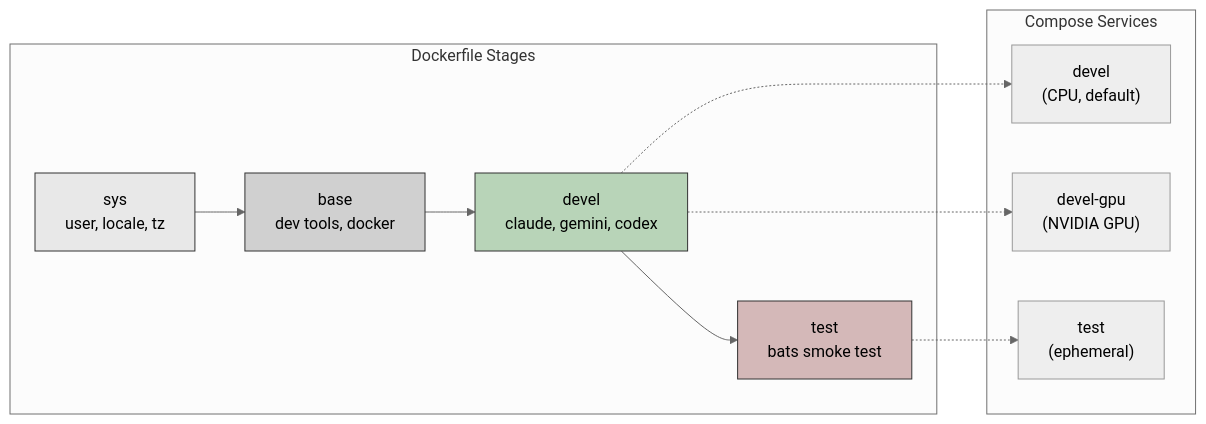
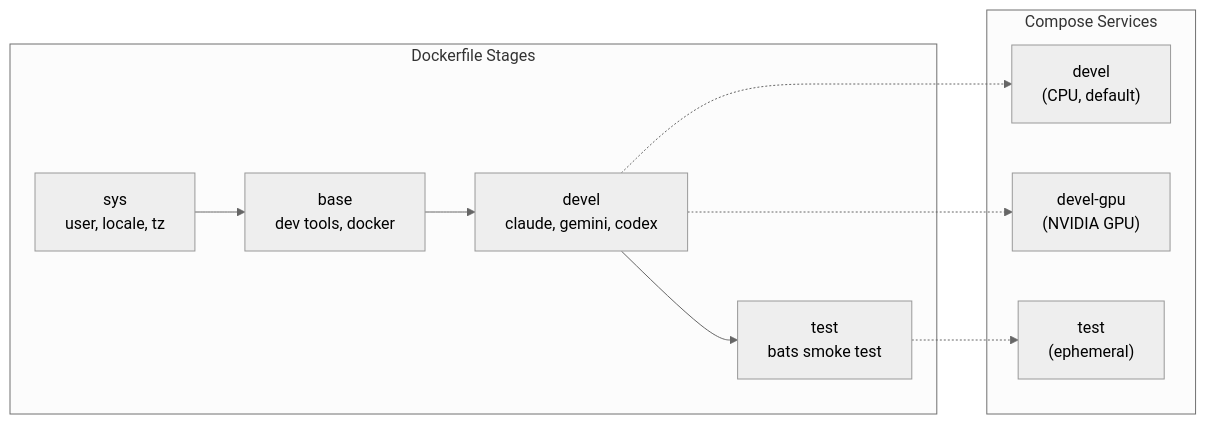
The second of 3 diagrams in README.md (ycpss91255-docker/ai_agent), drawn with Mermaid (neutral theme) before and after one commit. The commit also changed other lines of this file and 3 other files, not shown here.

Commit message:
docs: remove mermaid background colors from architecture diagrams

````diff
--- a/README.md
+++ b/README.md
@@ -77,26 +73,22 @@
 ```mermaid
 graph LR
     subgraph "Dockerfile Stages"
         sys["sys<br/>user, locale, tz"]
         base["base<br/>dev tools, docker"]
         devel["devel<br/>claude, gemini, codex"]
         test["test<br/>bats smoke test"]
     end
 
     sys --> base --> devel --> test
 
     subgraph "Compose Services"
         S_CPU["devel<br/>(CPU, default)"]
         S_GPU["devel-gpu<br/>(NVIDIA GPU)"]
         S_Test["test<br/>(ephemeral)"]
     end
 
     devel -.-> S_CPU
     devel -.-> S_GPU
     test -.-> S_Test
 
-    style sys fill:#e8e8e8,stroke:#333
-    style base fill:#d0d0d0,stroke:#333
-    style devel fill:#b8d4b8,stroke:#333
-    style test fill:#d4b8b8,stroke:#333
 ```
````
